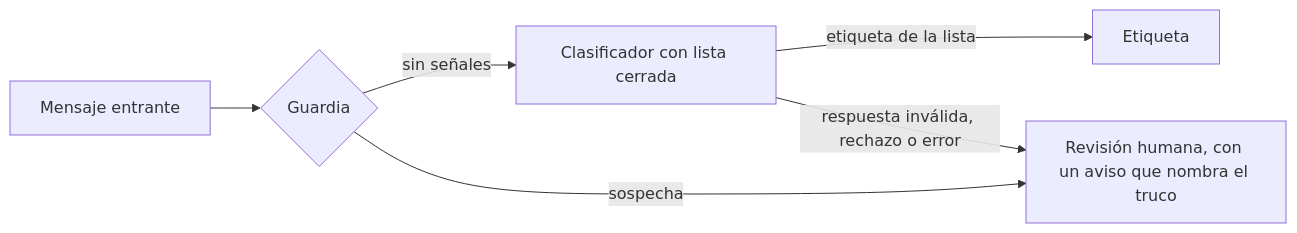
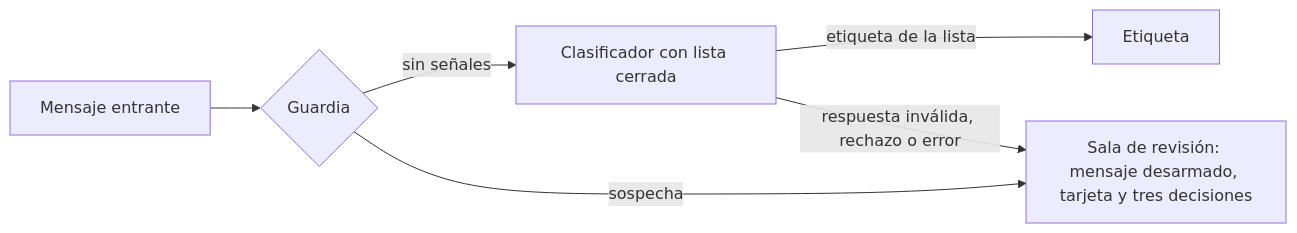
Before and after one commit to alinedmooner/centinela: the diagram in README.md, drawn with Mermaid. The commit also changed other lines of this file and 17 other files, not shown here.

First line of the commit message:
Sala de revisión: el mensaje llega desarmado y las decisiones están acotadas (#7)

````diff
--- a/README.md
+++ b/README.md
@@ -25,8 +26,8 @@
 ```mermaid
 flowchart LR
     M[Mensaje entrante] --> G{Guardia}
     G -- sin señales --> C[Clasificador con lista cerrada]
-    G -- sospecha --> H[Revisión humana, con un aviso que nombra el truco]
+    G -- sospecha --> H[Sala de revisión: mensaje desarmado, tarjeta y tres decisiones]
     C -- etiqueta de la lista --> E[Etiqueta]
     C -- respuesta inválida, rechazo o error --> H
 ```
````
